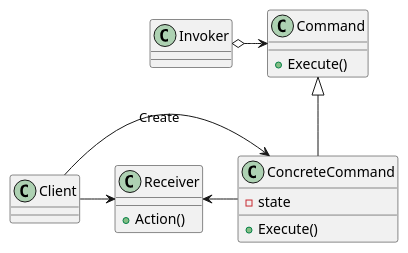
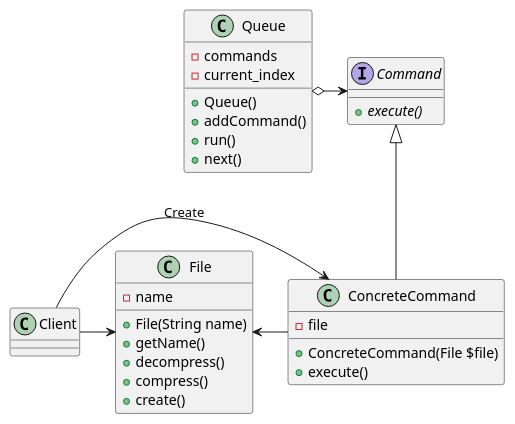
The diagram in Command/README.md (ku2ma2/design_pattern), drawn with PlantUML before and after one commit.

Commit message:
Improve README.md in command pattern

````diff
--- a/Command/README.md
+++ b/Command/README.md
@@ -4,31 +4,43 @@
 ```uml
 @startuml
 
-class Command {
-    +Execute()
+interface Command {
+    {abstract} +execute()
 }
 
-class Invoker {
+class Queue {
+    -commands
+    -current_index
+    +Queue()
+    +addCommand()
+    +run()
+    +next()
 }
 
 class ConcreteCommand {
-    -state
-    +Execute()
+    -file
+    +ConcreteCommand(File $file)
+    +execute()
 }
-class Receiver {
-    +Action()
+class File {
+    -name
+    +File(String name)
+    +getName()
+    +decompress()
+    +compress()
+    +create()
 }
 
 class Client {
 
 }
 
 
-Client -right-> Receiver
+Client -right-> File
 Client -right-> ConcreteCommand :Create
-ConcreteCommand -left-> Receiver
+ConcreteCommand -left-> File
 ConcreteCommand -up-|> Command
-Invoker o-right-> Command
+Queue o-right-> Command
 
 @enduml
 ```
````
